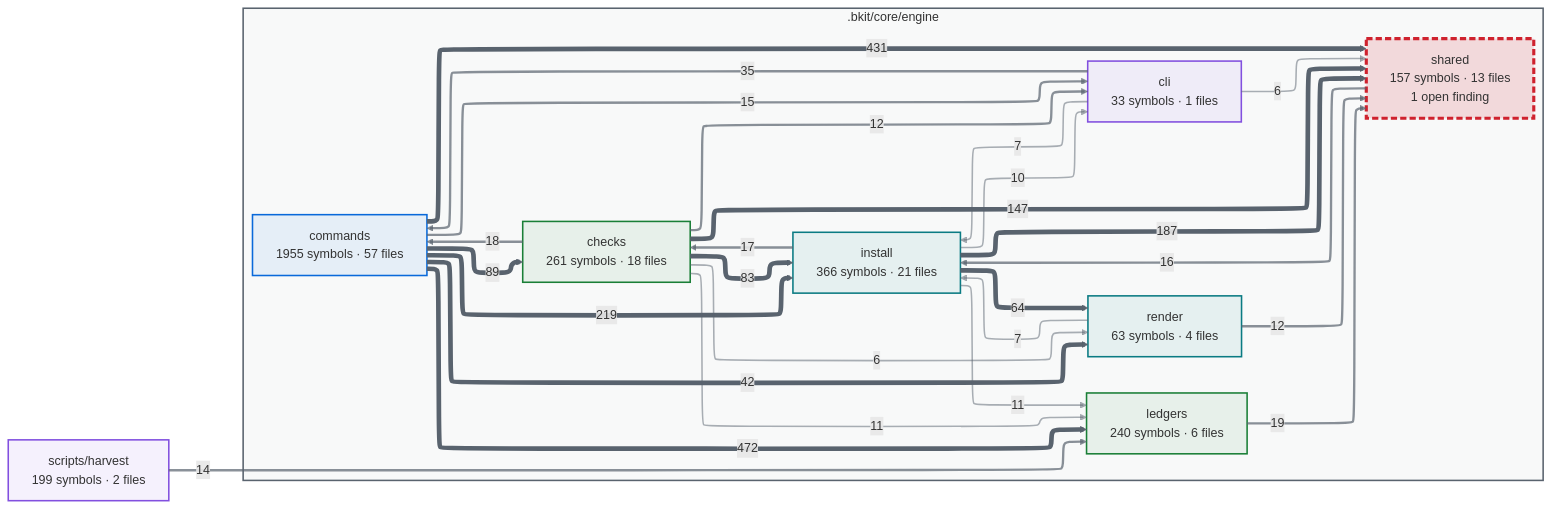
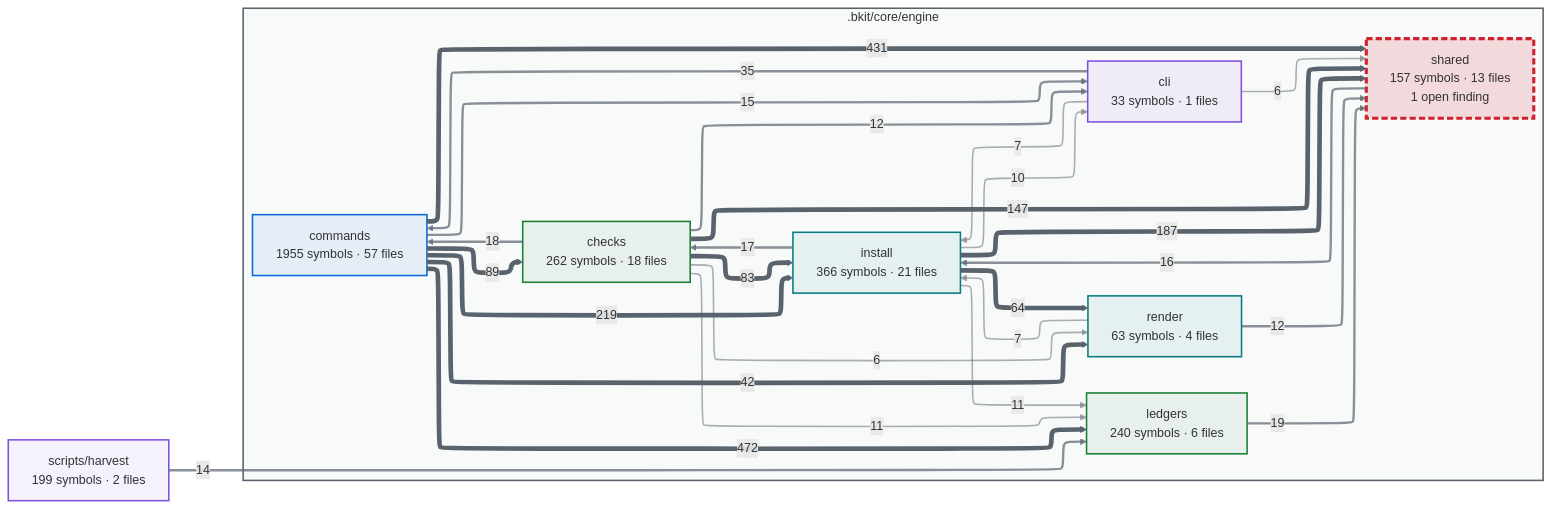
The first of 2 diagrams in docs/capabilities.md (cbartens/bkit), drawn with Mermaid before and after one commit. The commit also changed other lines of this file and 24 other files, not shown here.

````diff
--- a/docs/capabilities.md
+++ b/docs/capabilities.md
@@ -154,80 +116,80 @@
 ```mermaid
 ---
 config:
   layout: elk
   themeCSS: "marker { overflow: visible; } marker path { transform: scale(1.8); transform-origin: 5px 5px; }"
   flowchart:
     useMaxWidth: false
 ---
 flowchart LR
   %% Generated by bkit-graphify-rollup.py — do not edit
   subgraph gn_bkit_core_engine[".bkit/core/engine"]
-    n_bkit_core_engine_checks["checks<br/>261 symbols · 18 files"]
+    n_bkit_core_engine_checks["checks<br/>262 symbols · 18 files"]
     n_bkit_core_engine_cli["cli<br/>33 symbols · 1 files"]
     n_bkit_core_engine_commands["commands<br/>1955 symbols · 57 files"]
     n_bkit_core_engine_install["install<br/>366 symbols · 21 files"]
     n_bkit_core_engine_ledgers["ledgers<br/>240 symbols · 6 files"]
     n_bkit_core_engine_render["render<br/>63 symbols · 4 files"]
     n_bkit_core_engine_shared["shared<br/>157 symbols · 13 files<br/>1 open finding"]
   end
   nscripts_harvest["scripts/harvest<br/>199 symbols · 2 files"]
   n_bkit_core_engine_commands -->|472| n_bkit_core_engine_ledgers
   n_bkit_core_engine_commands -->|431| n_bkit_core_engine_shared
   n_bkit_core_engine_commands -->|219| n_bkit_core_engine_install
   n_bkit_core_engine_install -->|187| n_bkit_core_engine_shared
   n_bkit_core_engine_checks -->|147| n_bkit_core_engine_shared
   n_bkit_core_engine_commands -->|89| n_bkit_core_engine_checks
   n_bkit_core_engine_checks -->|83| n_bkit_core_engine_install
   n_bkit_core_engine_install -->|64| n_bkit_core_engine_render
   n_bkit_core_engine_commands -->|42| n_bkit_core_engine_render
   n_bkit_core_engine_cli -->|35| n_bkit_core_engine_commands
   n_bkit_core_engine_ledgers -->|19| n_bkit_core_engine_shared
   n_bkit_core_engine_checks -->|18| n_bkit_core_engine_commands
   n_bkit_core_engine_install -->|17| n_bkit_core_engine_checks
   n_bkit_core_engine_shared -->|16| n_bkit_core_engine_install
   n_bkit_core_engine_commands -->|15| n_bkit_core_engine_cli
   nscripts_harvest -->|14| n_bkit_core_engine_ledgers
   n_bkit_core_engine_checks -->|12| n_bkit_core_engine_cli
   n_bkit_core_engine_render -->|12| n_bkit_core_engine_shared
   n_bkit_core_engine_checks -->|11| n_bkit_core_engine_ledgers
   n_bkit_core_engine_install -->|11| n_bkit_core_engine_ledgers
   n_bkit_core_engine_install -->|10| n_bkit_core_engine_cli
   n_bkit_core_engine_cli -->|7| n_bkit_core_engine_install
   n_bkit_core_engine_render -->|7| n_bkit_core_engine_install
   n_bkit_core_engine_checks -->|6| n_bkit_core_engine_render
   n_bkit_core_engine_cli -->|6| n_bkit_core_engine_shared
   style gn_bkit_core_engine fill:#59636e0a,stroke:#59636e,stroke-width:2px
   style n_bkit_core_engine_checks stroke:#1a7f37,stroke-width:2px,fill:#1a7f3714
   style n_bkit_core_engine_cli stroke:#8250df,stroke-width:2px,fill:#8250df14
   style n_bkit_core_engine_commands stroke:#0969da,stroke-width:2px,fill:#0969da14
   style n_bkit_core_engine_install stroke:#0a7b83,stroke-width:2px,fill:#0a7b8314
   style n_bkit_core_engine_ledgers stroke:#1a7f37,stroke-width:2px,fill:#1a7f3714
   style n_bkit_core_engine_render stroke:#0a7b83,stroke-width:2px,fill:#0a7b8314
   style n_bkit_core_engine_shared stroke:#cf222e,stroke-width:4px,stroke-dasharray:8 4,fill:#cf222e26
   style nscripts_harvest stroke:#8250df,stroke-width:2px,fill:#8250df14
   linkStyle 0 stroke:#59636e,stroke-width:6px
   linkStyle 1 stroke:#59636e,stroke-width:6px
   linkStyle 2 stroke:#59636e,stroke-width:6px
   linkStyle 3 stroke:#59636e,stroke-width:6px
   linkStyle 4 stroke:#59636e,stroke-width:6px
   linkStyle 5 stroke:#59636e,stroke-width:6px
   linkStyle 6 stroke:#59636e,stroke-width:6px
   linkStyle 7 stroke:#59636e,stroke-width:6px
   linkStyle 8 stroke:#59636e,stroke-width:6px
   linkStyle 9 stroke:#59636eb3,stroke-width:3px
   linkStyle 10 stroke:#59636eb3,stroke-width:3px
   linkStyle 11 stroke:#59636eb3,stroke-width:3px
   linkStyle 12 stroke:#59636eb3,stroke-width:3px
   linkStyle 13 stroke:#59636eb3,stroke-width:3px
   linkStyle 14 stroke:#59636eb3,stroke-width:3px
   linkStyle 15 stroke:#59636eb3,stroke-width:3px
   linkStyle 16 stroke:#59636eb3,stroke-width:3px
   linkStyle 17 stroke:#59636eb3,stroke-width:3px
   linkStyle 18 stroke:#59636e80,stroke-width:2px
   linkStyle 19 stroke:#59636e80,stroke-width:2px
   linkStyle 20 stroke:#59636e80,stroke-width:2px
   linkStyle 21 stroke:#59636e80,stroke-width:2px
   linkStyle 22 stroke:#59636e80,stroke-width:2px
   linkStyle 23 stroke:#59636e80,stroke-width:2px
   linkStyle 24 stroke:#59636e80,stroke-width:2px
 ```
````
